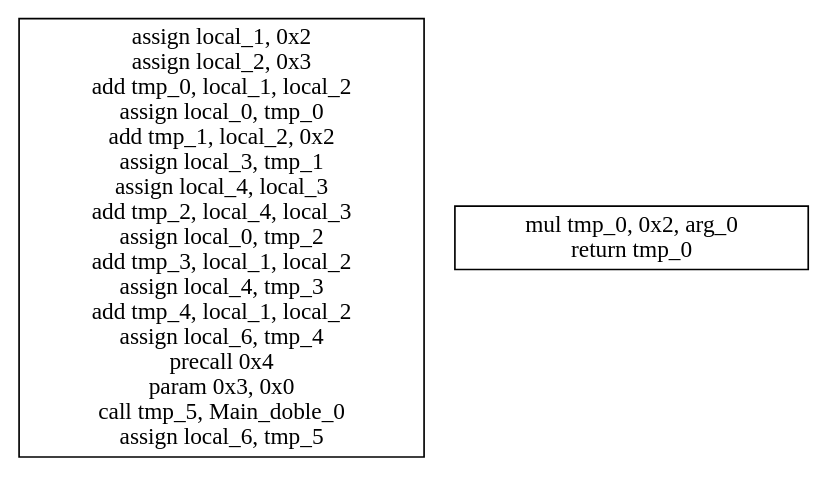
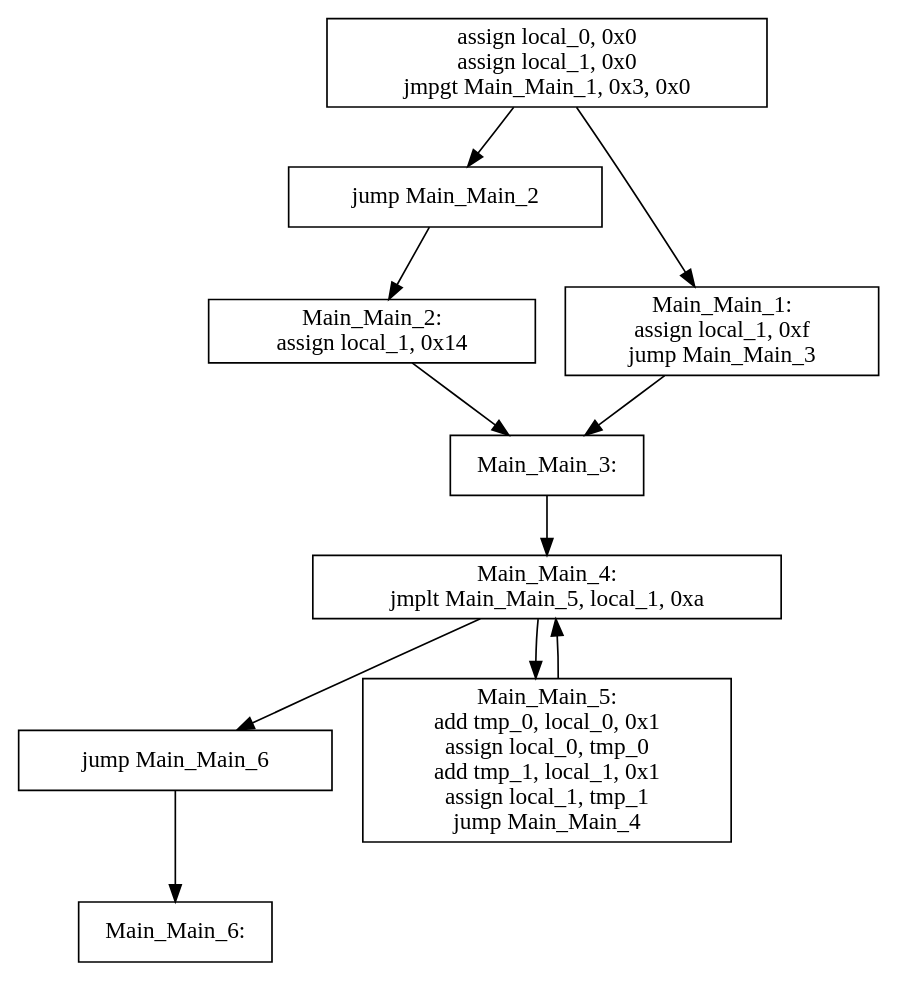
Before and after one commit to garanda/Tinto_v2014: the diagram in Codigo/Original.dot, drawn with Graphviz. The commit also changed 154 other files, not shown here.

```diff
--- a/Codigo/Original.dot
+++ b/Codigo/Original.dot
@@ -1,25 +1,43 @@
 digraph pgn {
 rankdir=TD;
 node [shape = rectangle];
-B0 [label = "	assign local_1, 0x2
-	assign local_2, 0x3
-	add tmp_0, local_1, local_2
+B0 [label = "	assign local_0, 0x0
+	assign local_1, 0x0
+	jmpgt Main_Main_1, 0x3, 0x0
+"]
+B1 [label = "	jump Main_Main_2
+"]
+B2 [label = "Main_Main_1:
+	assign local_1, 0xf
+	jump Main_Main_3
+"]
+B3 [label = "Main_Main_2:
+	assign local_1, 0x14
+"]
+B4 [label = "Main_Main_3:
+"]
+B5 [label = "Main_Main_4:
+	jmplt Main_Main_5, local_1, 0xa
+"]
+B6 [label = "	jump Main_Main_6
+"]
+B7 [label = "Main_Main_5:
+	add tmp_0, local_0, 0x1
 	assign local_0, tmp_0
-	add tmp_1, local_2, 0x2
-	assign local_3, tmp_1
-	assign local_4, local_3
-	add tmp_2, local_4, local_3
-	assign local_0, tmp_2
-	add tmp_3, local_1, local_2
-	assign local_4, tmp_3
-	add tmp_4, local_1, local_2
-	assign local_6, tmp_4
-	precall 0x4
-	param 0x3, 0x0
-	call tmp_5, Main_doble_0
-	assign local_6, tmp_5
+	add tmp_1, local_1, 0x1
+	assign local_1, tmp_1
+	jump Main_Main_4
 "]
-B1 [label = "	mul tmp_0, 0x2, arg_0
-	return tmp_0
+B8 [label = "Main_Main_6:
 "]
+B0 -> B1
+B0 -> B2
+B1 -> B3
+B2 -> B4
+B3 -> B4
+B4 -> B5
+B5 -> B6
+B5 -> B7
+B6 -> B8
+B7 -> B5
 }
```
